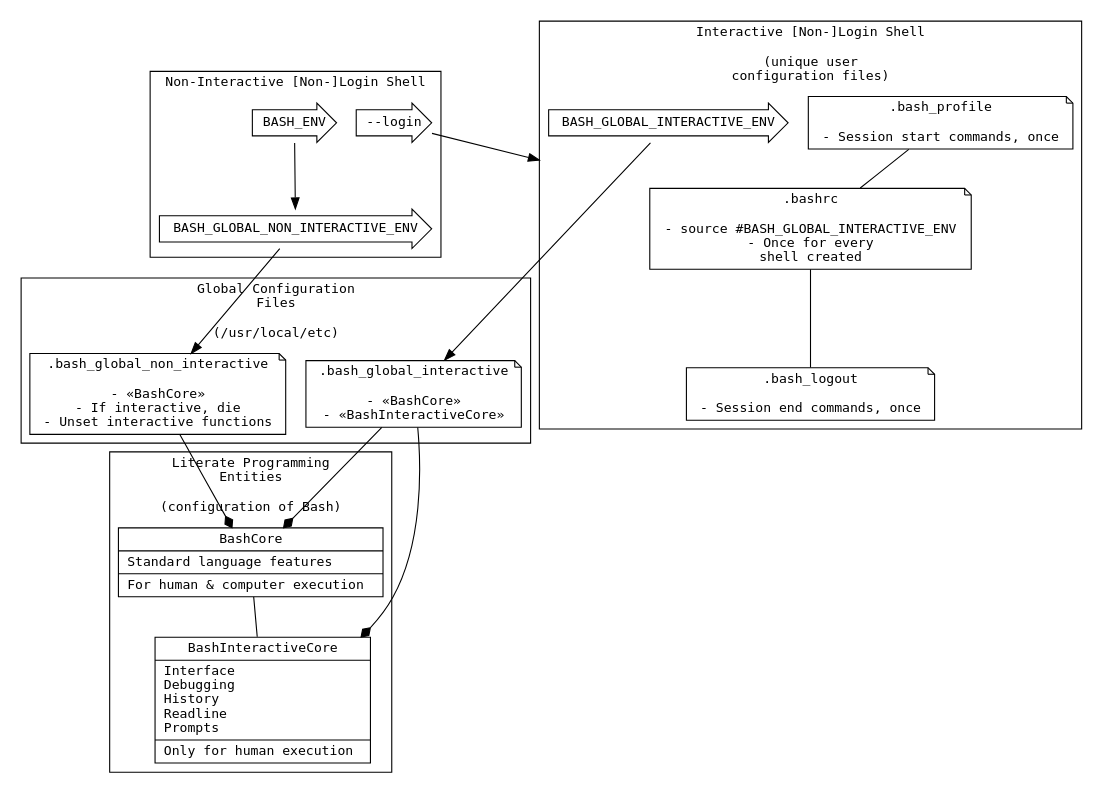
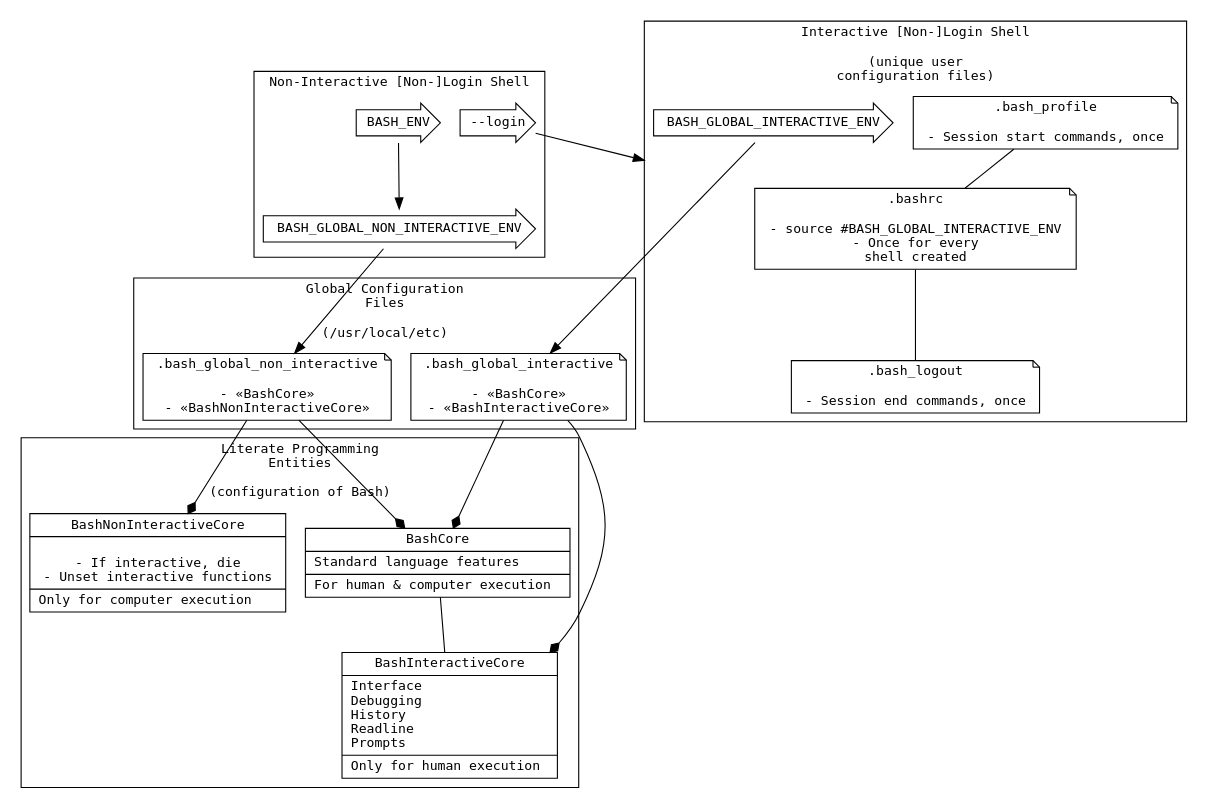
The diagram in bash.org (grettke/bash), drawn with Graphviz before and after one commit. The commit also changed 1 other file, not shown here.

Commit message:
Corrected obvious approach

```diff
--- a/bash.org
+++ b/bash.org
@@ -2436,40 +2436,42 @@
 #+BEGIN_SRC dot :file "./image/version04.png" :wrap "RESULTS"
 digraph version5 {
   fontname = "DejaVu Sans Mono";
   fontsize = 12;
   node [shape = "record" fontname = "DejaVu Sans Mono" fontsize = 12];
   compound = true;
   subgraph cluster_A {
     label = "Literate Programming\nEntities\n\n(configuration of Bash)";
     BashCore[label = "{BashCore|Standard language features\l|For human & computer execution\l}"];
+    BashNonInteractiveCore[label = "{BashNonInteractiveCore|\n- If interactive, die\n- Unset interactive functions|Only for computer execution\l}"];
     BashInteractiveCore[label = "{BashInteractiveCore|Interface\lDebugging\lHistory\lReadline\lPrompts\l|Only for human execution\l}"];
   }
   subgraph cluster_B {
     label = "Global Configuration\nFiles\n\n(/usr/local/etc)";
-    BashGlobalNonInteractiveFile[shape = "note" label = ".bash_global_non_interactive\n\n- «BashCore»\n- If interactive, die\n- Unset interactive functions"];
+    BashGlobalNonInteractiveFile[shape = "note" label = ".bash_global_non_interactive\n\n- «BashCore»\n- «BashNonInteractiveCore»"];
     BashGlobalInteractiveFile[shape = "note" label = ".bash_global_interactive\n\n- «BashCore»\n- «BashInteractiveCore»"];
   }
   subgraph cluster_C {
     label = "Interactive [Non-]Login Shell\n\n(unique user\nconfiguration files)";
     BashProfile[shape = "note" label = ".bash_profile\n\n- Session start commands, once"];
     BashRc[shape = "note" label = ".bashrc\n\n- source #BASH_GLOBAL_INTERACTIVE_ENV\n- Once for every\nshell created"];
     BashLogout[shape = "note" label = ".bash_logout\n\n- Session end commands, once"];
     BashGlobalInteractiveProp [shape = "rarrow" label = "BASH_GLOBAL_INTERACTIVE_ENV"];
   }
   subgraph cluster_D {
     label = "Non-Interactive [Non-]Login Shell";
     BashEnv [shape = "rarrow" label = "BASH_ENV"];
     BashGlobalNonInteractiveProp [shape = "rarrow" label = "BASH_GLOBAL_NON_INTERACTIVE_ENV"];
     BashNonInteractiveLoginInit [shape = "rarrow" label="--login"];
   }
   BashCore -> BashInteractiveCore [arrowhead=none];
   BashProfile -> BashRc [arrowhead=none];
   BashRc -> BashLogout [arrowhead=none];
   BashEnv -> BashGlobalNonInteractiveProp -> BashGlobalNonInteractiveFile;
   BashGlobalInteractiveProp -> BashGlobalInteractiveFile;
   BashNonInteractiveLoginInit -> BashRc [lhead=cluster_C];
   BashGlobalInteractiveFile -> BashCore [arrowhead=diamond];
   BashGlobalInteractiveFile -> BashInteractiveCore [arrowhead=diamond];
   BashGlobalNonInteractiveFile -> BashCore [arrowhead=diamond];
+  BashGlobalNonInteractiveFile -> BashNonInteractiveCore [arrowhead=diamond];
 }
 #+END_SRC
```
